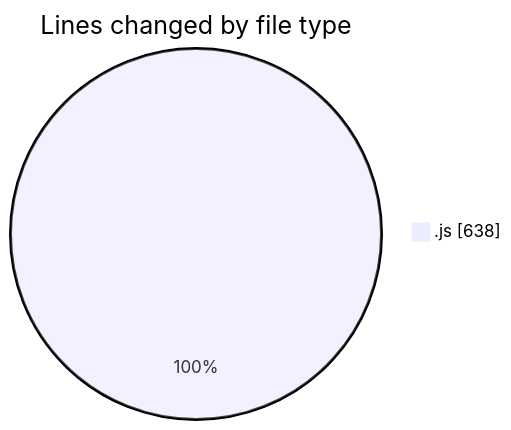
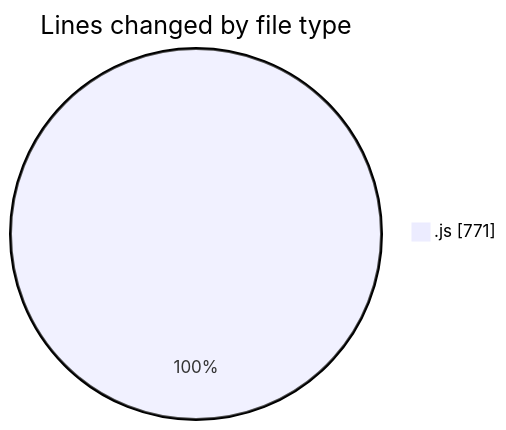
The first of 2 diagrams in 2025-11-02/nxtqube_webapp/README.md (nxtqubesakshisongat/code-tracking), drawn with Mermaid before and after one commit. The commit also changed other lines of this file and 1 other file, not shown here.

````diff
--- a/2025-11-02/nxtqube_webapp/README.md
+++ b/2025-11-02/nxtqube_webapp/README.md
@@ -22,5 +23,5 @@
 ```mermaid
 pie showData
 title Lines changed by file type
-".js" : 638
+".js" : 771
 ```
````
